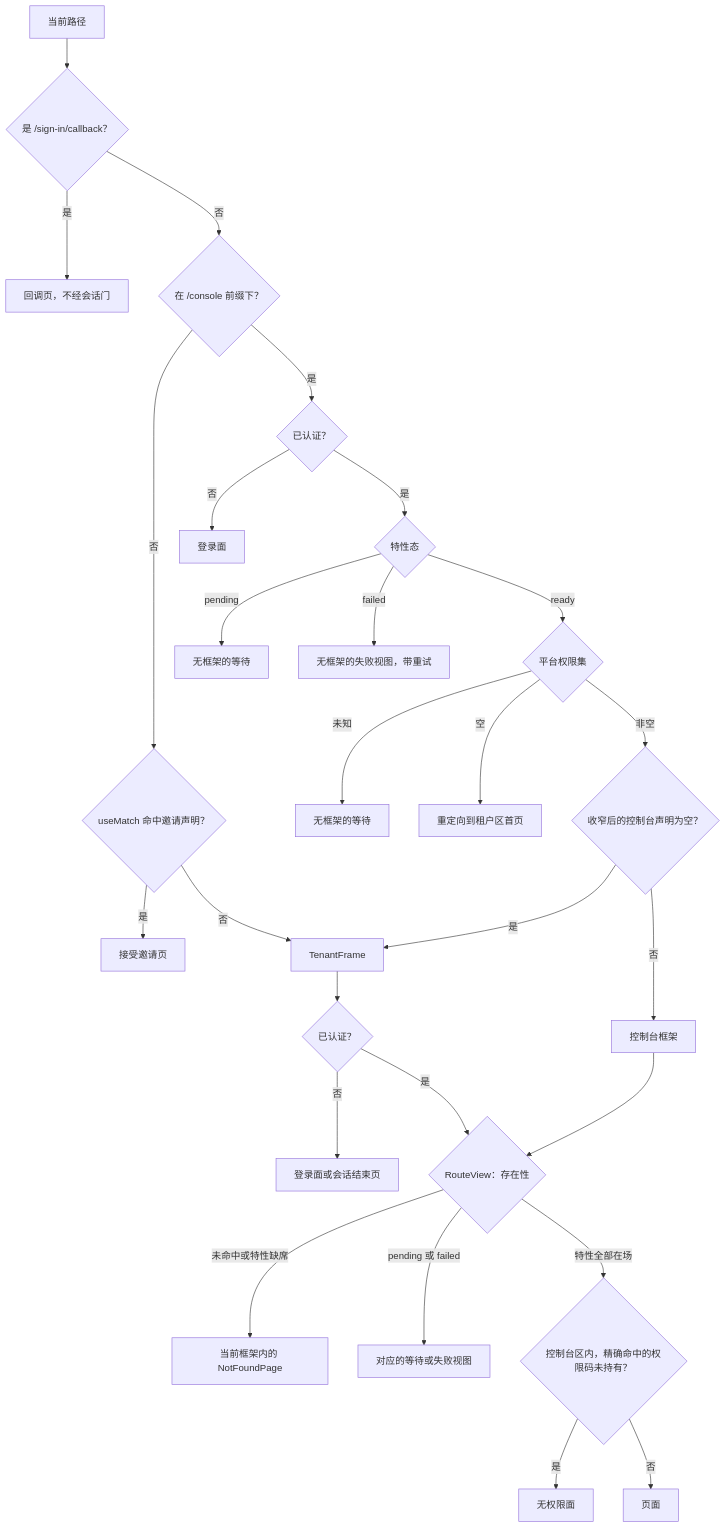
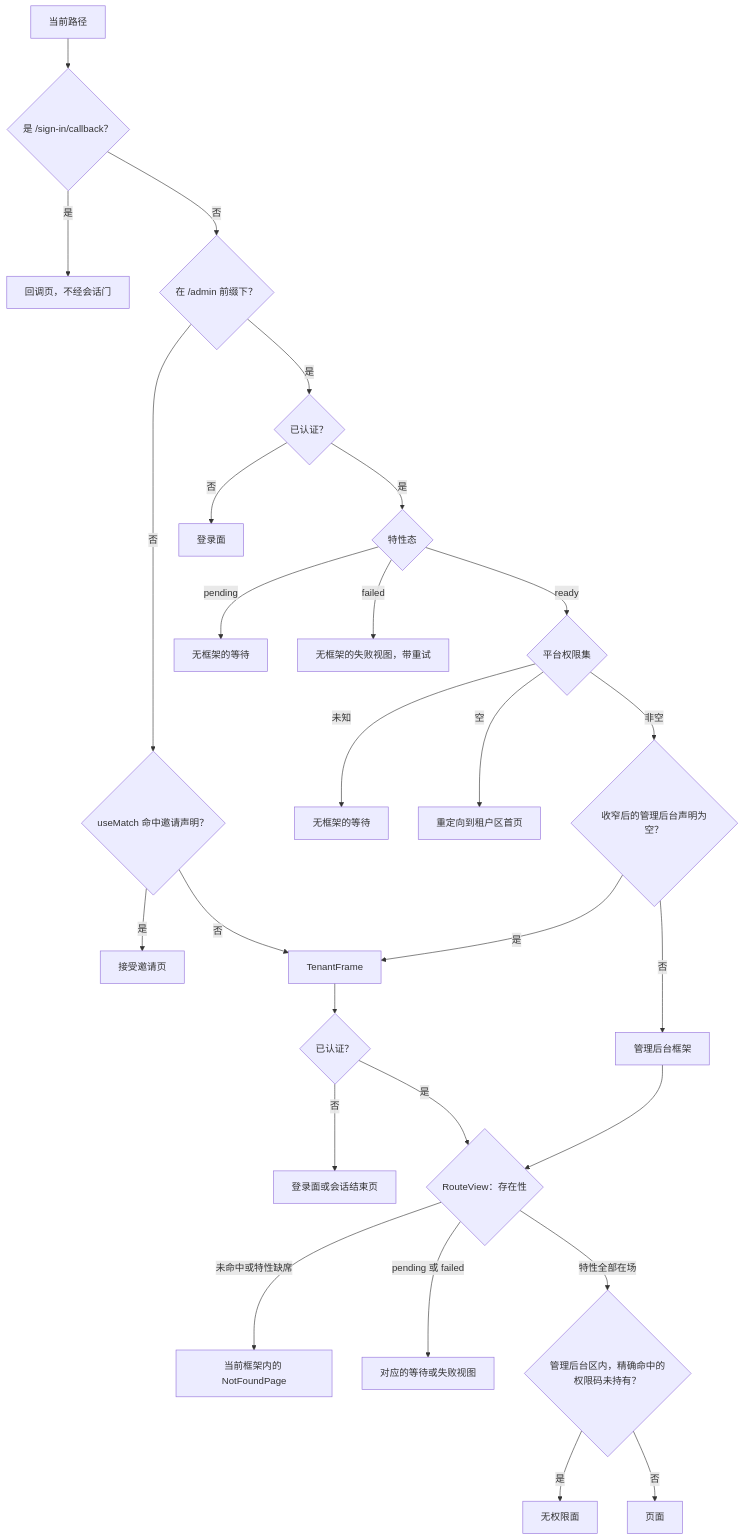
Before and after one commit to wangzw/speed: the second of 2 diagrams in docs/design/modules/design-starters.md, drawn with Mermaid. The commit also changed other lines of this file and 43 other files, not shown here.

````diff
--- a/docs/design/modules/design-starters.md
+++ b/docs/design/modules/design-starters.md
@@ -241,29 +241,29 @@
 ```mermaid
 flowchart TD
     path["当前路径"] --> cb{"是 /sign-in/callback？"}
     cb -->|是| cbpage["回调页，不经会话门"]
-    cb -->|否| area{"在 /console 前缀下？"}
+    cb -->|否| area{"在 /admin 前缀下？"}
     area -->|否| inv{"useMatch 命中邀请声明？"}
     inv -->|是| accept["接受邀请页"]
     inv -->|否| tframe["TenantFrame"]
     tframe --> tauth{"已认证？"}
     tauth -->|否| tanon["登录面或会话结束页"]
     tauth -->|是| exist{"RouteView：存在性"}
     area -->|是| cauth{"已认证？"}
     cauth -->|否| csign["登录面"]
     cauth -->|是| fstate{"特性态"}
     fstate -->|pending| cwait["无框架的等待"]
     fstate -->|failed| cfail["无框架的失败视图，带重试"]
     fstate -->|ready| perms{"平台权限集"}
     perms -->|未知| pwait["无框架的等待"]
     perms -->|空| home["重定向到租户区首页"]
-    perms -->|非空| narrowed{"收窄后的控制台声明为空？"}
+    perms -->|非空| narrowed{"收窄后的管理后台声明为空？"}
     narrowed -->|是| tframe
-    narrowed -->|否| cframe["控制台框架"]
+    narrowed -->|否| cframe["管理后台框架"]
     cframe --> exist
     exist -->|未命中或特性缺席| notfound["当前框架内的 NotFoundPage"]
     exist -->|pending 或 failed| gated["对应的等待或失败视图"]
-    exist -->|特性全部在场| guard{"控制台区内，精确命中的权限码未持有？"}
+    exist -->|特性全部在场| guard{"管理后台区内，精确命中的权限码未持有？"}
     guard -->|是| denied["无权限面"]
     guard -->|否| page["页面"]
 ```
````
